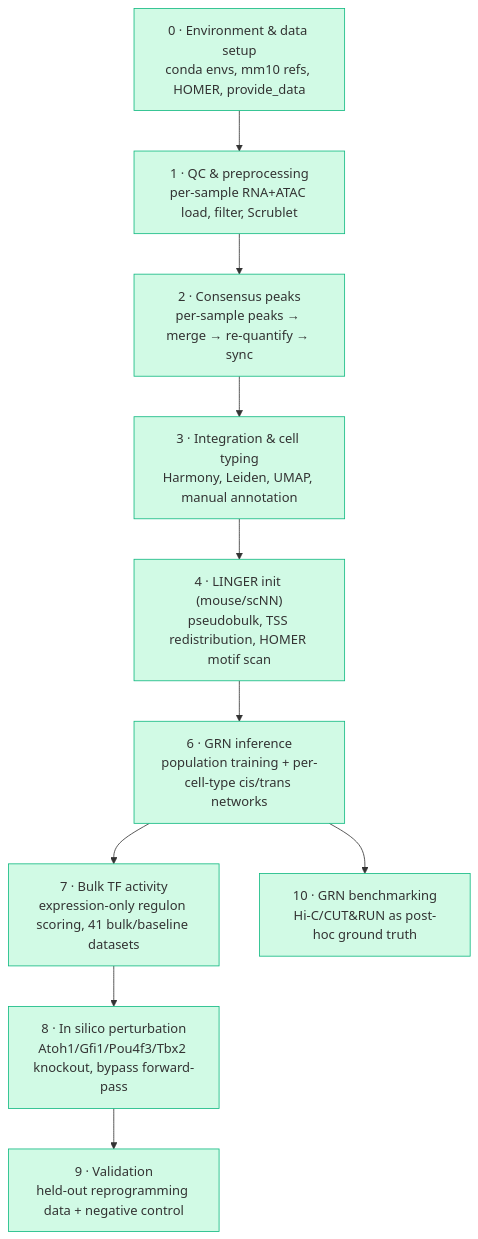
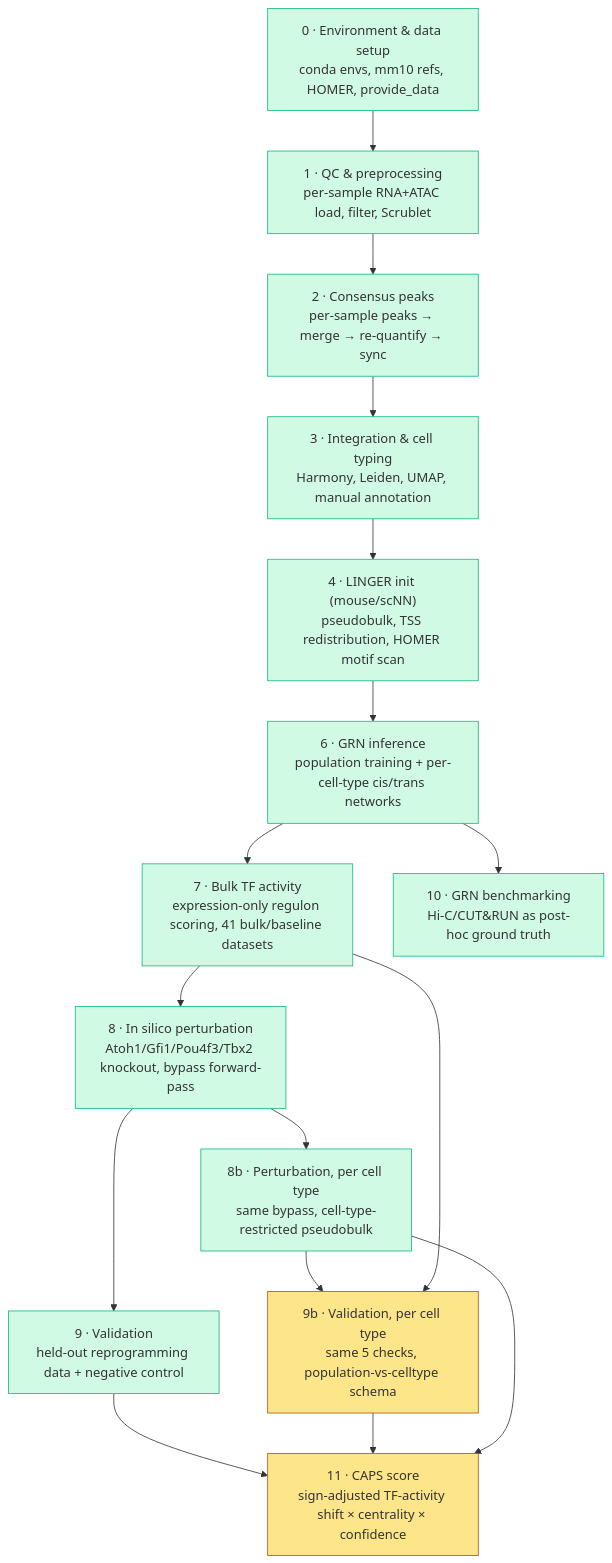
The diagram in README.md (DarrenLJS/LINGER-Cochlear-TF-Knockout-Pipeline), drawn with Mermaid before and after one commit. The commit also changed other lines of this file, not shown here.

````diff
--- a/README.md
+++ b/README.md
@@ -28,23 +40,32 @@
 ```mermaid
 flowchart TD
     A["0 · Environment & data setup<br/>conda envs, mm10 refs, HOMER, provide_data"] --> B["1 · QC & preprocessing<br/>per-sample RNA+ATAC load, filter, Scrublet"]
     B --> C["2 · Consensus peaks<br/>per-sample peaks → merge → re-quantify → sync"]
     C --> D["3 · Integration & cell typing<br/>Harmony, Leiden, UMAP, manual annotation"]
     D --> E["4 · LINGER init (mouse/scNN)<br/>pseudobulk, TSS redistribution, HOMER motif scan"]
     E --> F["6 · GRN inference<br/>population training + per-cell-type cis/trans networks"]
     F --> G["7 · Bulk TF activity<br/>expression-only regulon scoring, 41 bulk/baseline datasets"]
     F --> J["10 · GRN benchmarking<br/>Hi-C/CUT&RUN as post-hoc ground truth"]
     G --> H["8 · In silico perturbation<br/>Atoh1/Gfi1/Pou4f3/Tbx2 knockout, bypass forward-pass"]
+    H --> H2["8b · Perturbation, per cell type<br/>same bypass, cell-type-restricted pseudobulk"]
     H --> I["9 · Validation<br/>held-out reprogramming data + negative control"]
+    H2 --> I2["9b · Validation, per cell type<br/>same 5 checks, population-vs-celltype schema"]
+    G --> I2
+    I --> K["11 · CAPS score<br/>sign-adjusted TF-activity shift × centrality × confidence"]
+    I2 --> K
+    H2 --> K
 
     style A fill:#d1fae5,stroke:#10b981
     style B fill:#d1fae5,stroke:#10b981
     style C fill:#d1fae5,stroke:#10b981
     style D fill:#d1fae5,stroke:#10b981
     style E fill:#d1fae5,stroke:#10b981
     style F fill:#d1fae5,stroke:#10b981
     style G fill:#d1fae5,stroke:#10b981
     style H fill:#d1fae5,stroke:#10b981
+    style H2 fill:#d1fae5,stroke:#10b981
     style I fill:#d1fae5,stroke:#10b981
     style J fill:#d1fae5,stroke:#10b981
+    style I2 fill:#fde68a,stroke:#b45309
+    style K fill:#fde68a,stroke:#b45309
 ```
````
